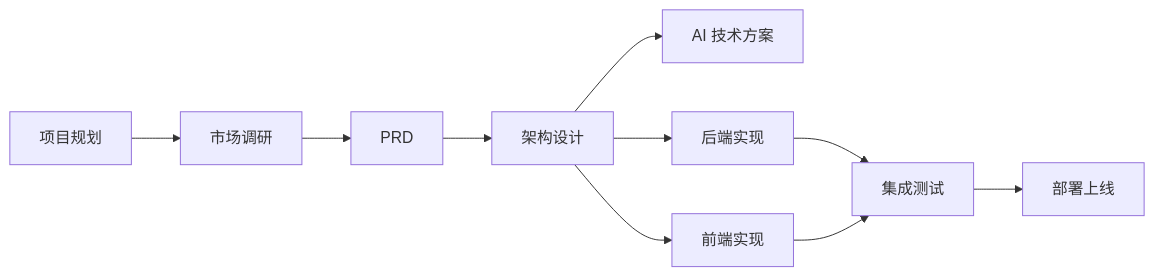
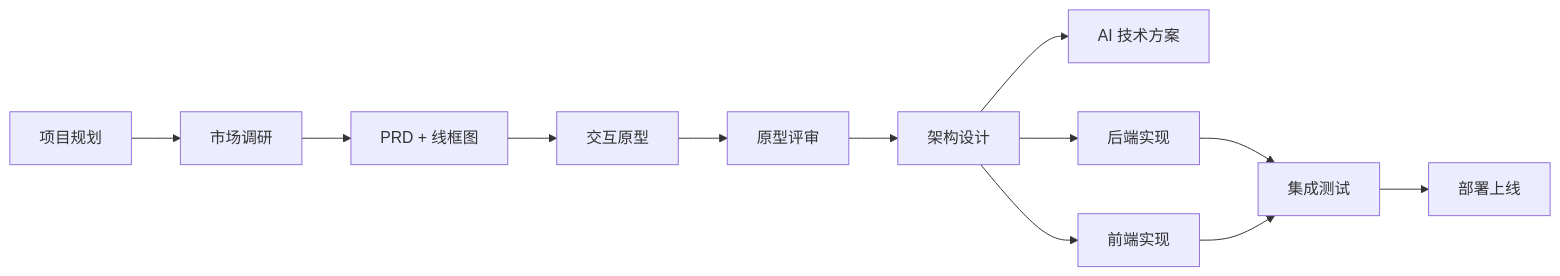
Before and after one commit to bignof/Agent-Team-Framework: the diagram in .claude/doc/PROJECT_INDEX.md, drawn with Mermaid. The commit also changed other lines of this file and 8 other files, not shown here.

````diff
--- a/.claude/doc/PROJECT_INDEX.md
+++ b/.claude/doc/PROJECT_INDEX.md
@@ -110,12 +111,14 @@
 ```mermaid
 graph LR
     P[项目规划] --> A[市场调研]
-    A --> B[PRD]
-    B --> C[架构设计]
-    C --> D[AI 技术方案]
-    C --> E[后端实现]
-    C --> F[前端实现]
-    E --> G[集成测试]
-    F --> G
-    G --> H[部署上线]
+    A --> B[PRD + 线框图]
+    B --> C[交互原型]
+    C --> D[原型评审]
+    D --> E[架构设计]
+    E --> F[AI 技术方案]
+    E --> G[后端实现]
+    E --> H[前端实现]
+    G --> I[集成测试]
+    H --> I
+    I --> J[部署上线]
 ```
````
